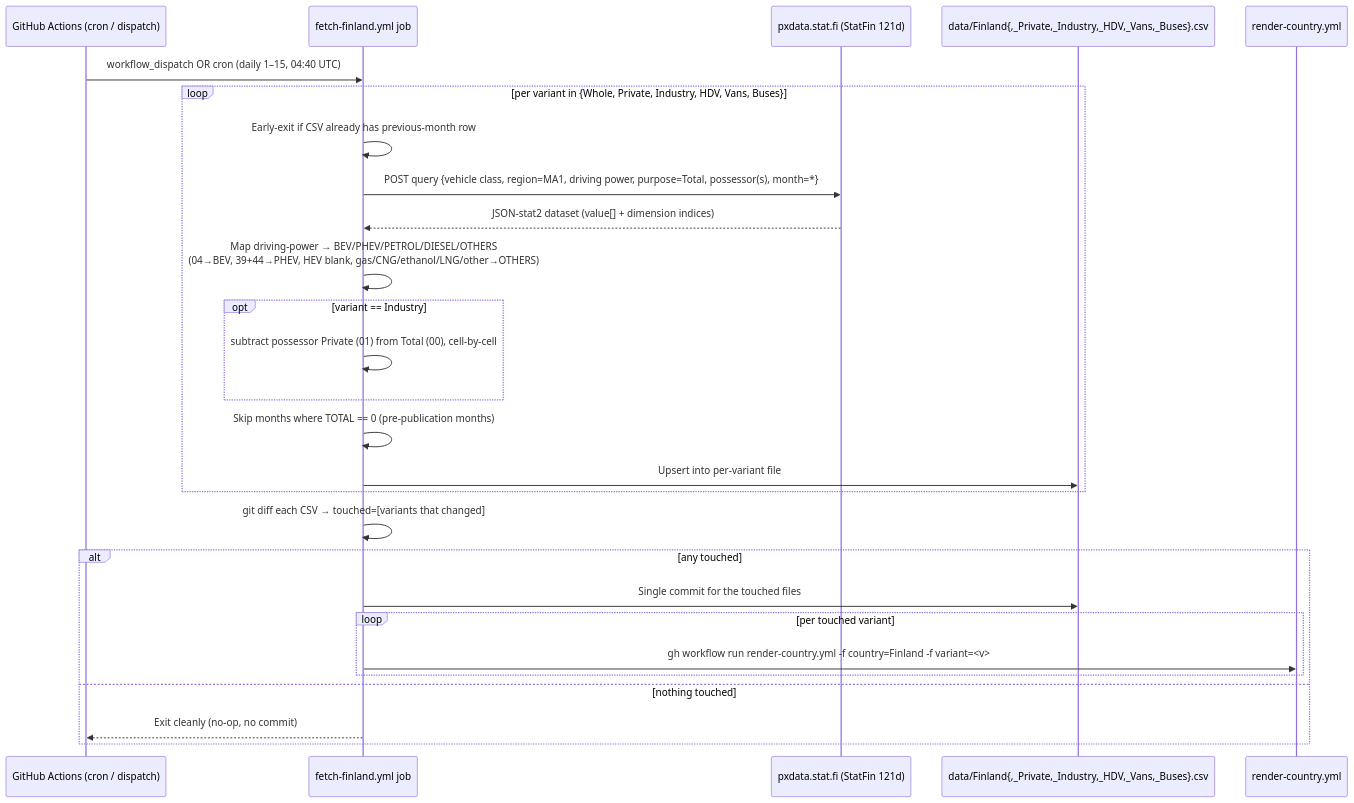
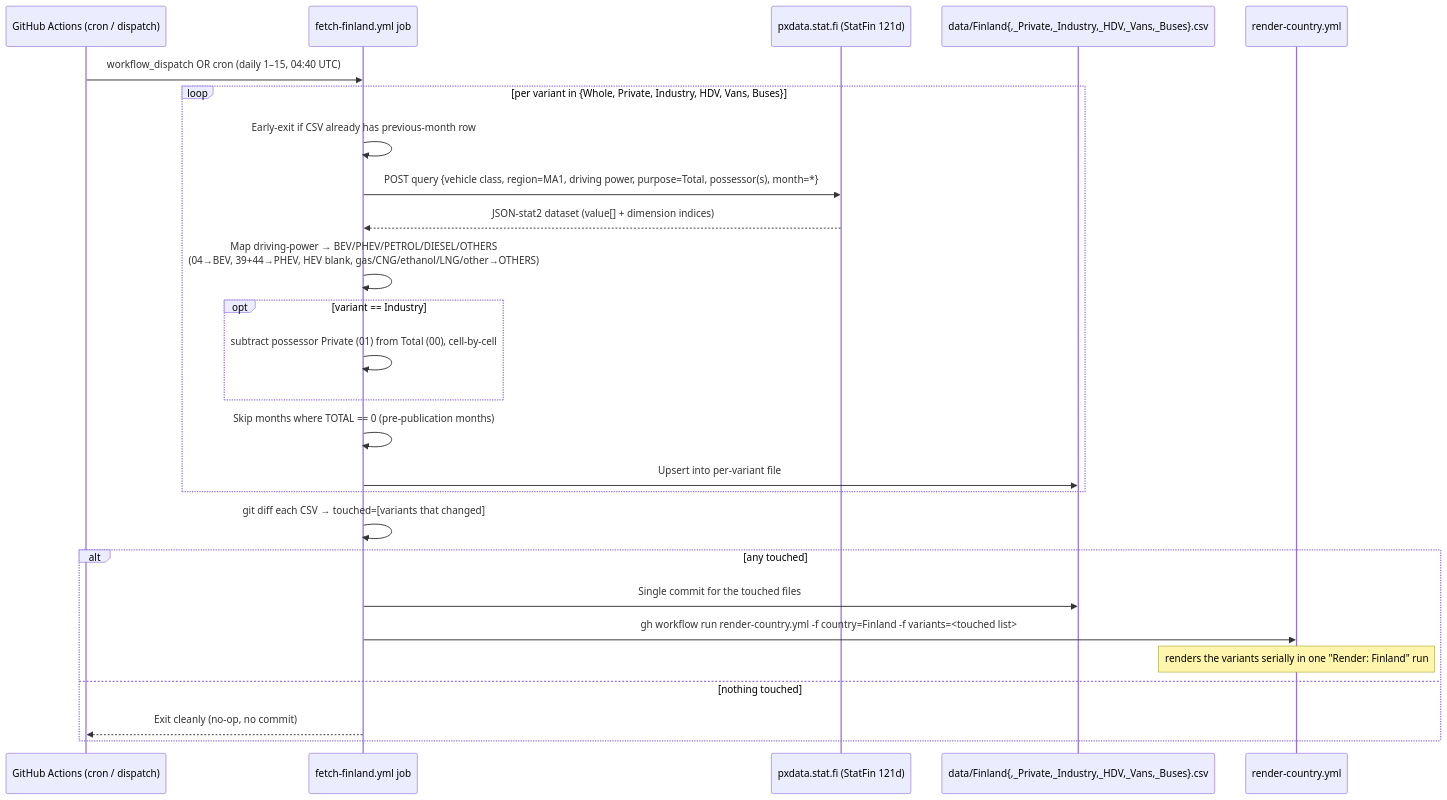
Diagram 20 of 24 in docs/architecture/05-flows.md (LeRaffl/LeRaffl-Gallery), drawn with Mermaid before and after one commit. The commit also changed other lines of this file and 26 other files, not shown here.

````diff
--- a/docs/architecture/05-flows.md
+++ b/docs/architecture/05-flows.md
@@ -1116,30 +1117,29 @@
 ```mermaid
 sequenceDiagram
     participant Cron as GitHub Actions (cron / dispatch)
     participant Job as fetch-finland.yml job
     participant API as pxdata.stat.fi (StatFin 121d)
     participant CSVs as data/Finland{,_Private,_Industry,_HDV,_Vans,_Buses}.csv
     participant Render as render-country.yml
 
     Cron->>Job: workflow_dispatch OR cron (daily 1–15, 04:40 UTC)
     loop per variant in {Whole, Private, Industry, HDV, Vans, Buses}
         Job->>Job: Early-exit if CSV already has previous-month row
         Job->>API: POST query {vehicle class, region=MA1, driving power, purpose=Total, possessor(s), month=*}
         API-->>Job: JSON-stat2 dataset (value[] + dimension indices)
         Job->>Job: Map driving-power → BEV/PHEV/PETROL/DIESEL/OTHERS<br/>(04→BEV, 39+44→PHEV, HEV blank, gas/CNG/ethanol/LNG/other→OTHERS)
         opt variant == Industry
             Job->>Job: subtract possessor Private (01) from Total (00), cell-by-cell
         end
         Job->>Job: Skip months where TOTAL == 0 (pre-publication months)
         Job->>CSVs: Upsert into per-variant file
     end
     Job->>Job: git diff each CSV → touched=[variants that changed]
     alt any touched
         Job->>CSVs: Single commit for the touched files
-        loop per touched variant
-            Job->>Render: gh workflow run render-country.yml -f country=Finland -f variant=<v>
-        end
+        Job->>Render: gh workflow run render-country.yml -f country=Finland -f variants=<touched list>
+        Note over Render: renders the variants serially in one "Render: Finland" run
     else nothing touched
         Job-->>Cron: Exit cleanly (no-op, no commit)
     end
 ```
````
